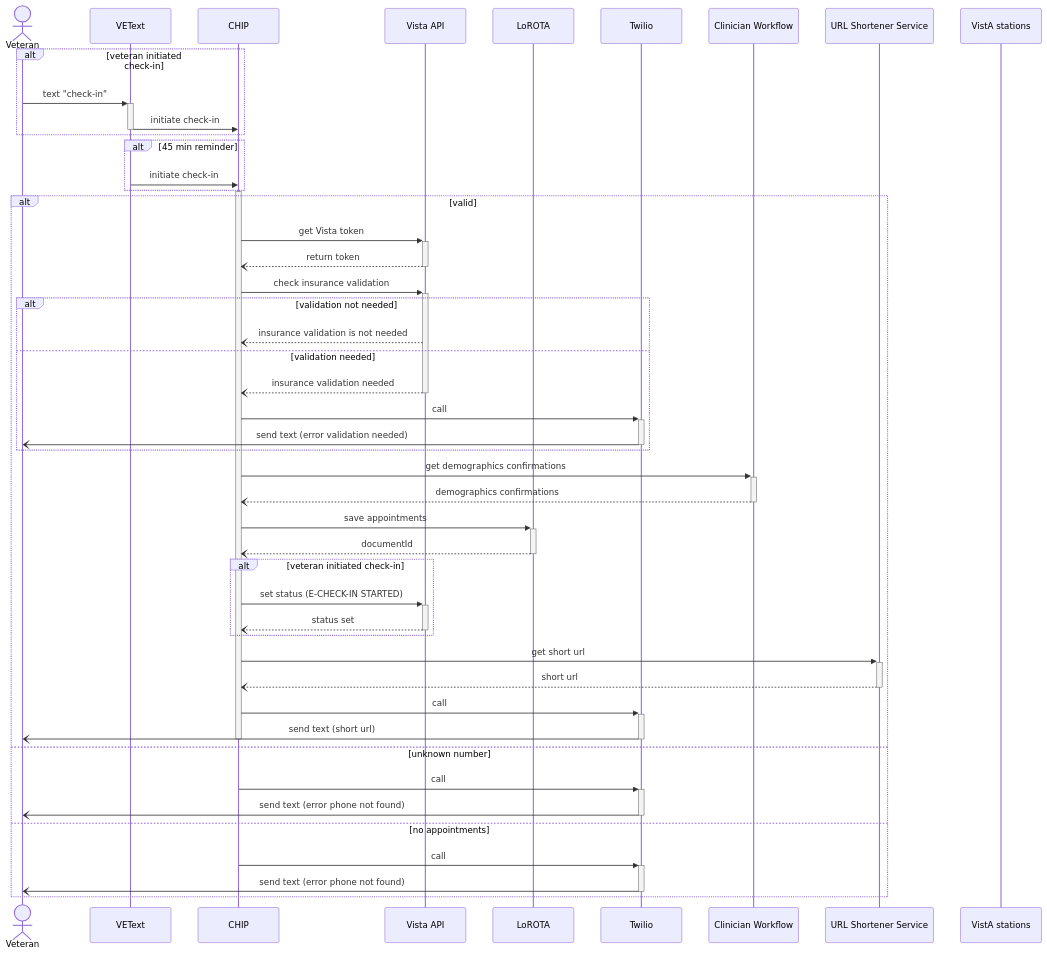
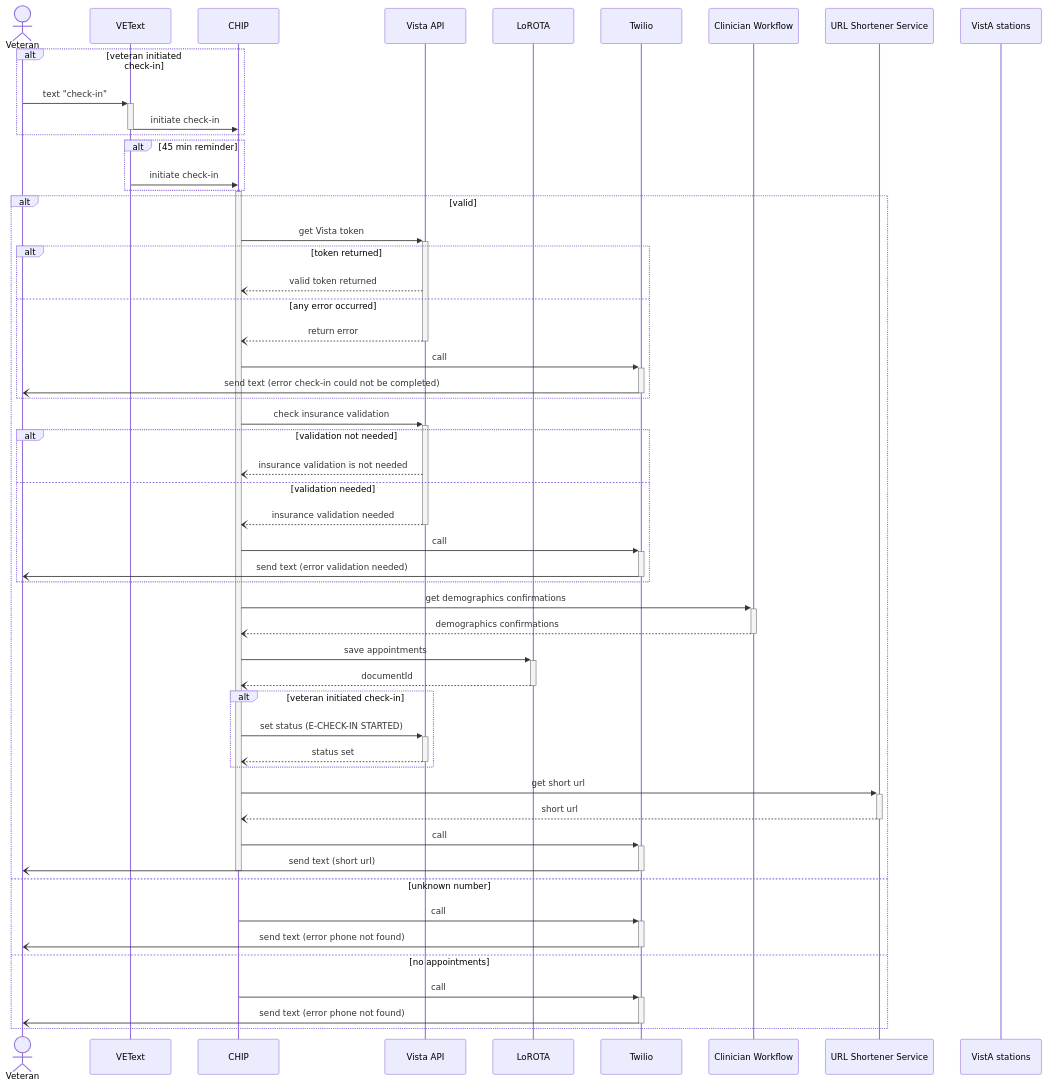
The first of 4 diagrams in products/health-care/checkin/engineering/architecture-diagrams/sequenceDiagram_checkInExp.md (department-of-veterans-affairs/va.gov-team), drawn with Mermaid before and after one commit.

````diff
--- a/products/health-care/checkin/engineering/architecture-diagrams/sequenceDiagram_checkInExp.md
+++ b/products/health-care/checkin/engineering/architecture-diagrams/sequenceDiagram_checkInExp.md
@@ -10,52 +10,58 @@
 ```mermaid
 sequenceDiagram
     actor vet as Veteran
     participant vt as VEText
     participant c as CHIP
     participant va as Vista API
     participant l as LoROTA
     participant t as Twilio
     participant cw as Clinician Workflow
     participant url as URL Shortener Service
     participant vas as VistA stations
 
     alt veteran initiated check-in
     vet->>+vt: text "check-in"
     vt->>-c: initiate check-in
     end
     alt 45 min reminder
     vt->>c: initiate check-in
     end
     activate c
     alt valid
       c->>+va: get Vista token
-      va--)-c: return token
+      alt token returned
+        va--)c: valid token returned
+      else any error occurred
+        va--)-c: return error
+        c->>+t: call
+        t-)-vet: send text (error check-in could not be completed)
+      end
       c->>+va: check insurance validation
       alt validation not needed
         va--)c: insurance validation is not needed
       else validation needed
         va--)-c: insurance validation needed
         c->>+t: call
         t-)-vet: send text (error validation needed)
       end
       c->>+cw: get demographics confirmations
       cw--)-c: demographics confirmations
       c->>+l: save appointments
       l--)-c: documentId
       alt veteran initiated check-in
         c->>+va: set status (E-CHECK-IN STARTED)
         va--)-c: status set
       end
       c->>+url: get short url
       url--)-c: short url
       c->>+t: call
       t-)-vet: send text (short url)
       deactivate c
     else unknown number
       c->>+t: call
       t-)-vet: send text (error phone not found)
     else no appointments
       c->>+t: call
       t-)-vet: send text (error phone not found)
     end
 ```
````
